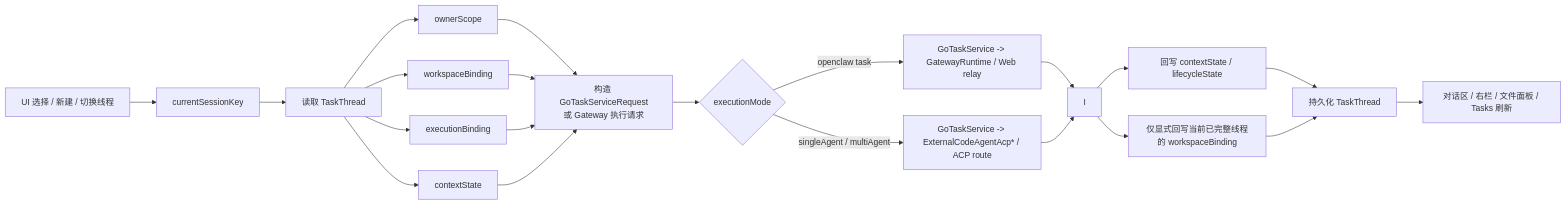
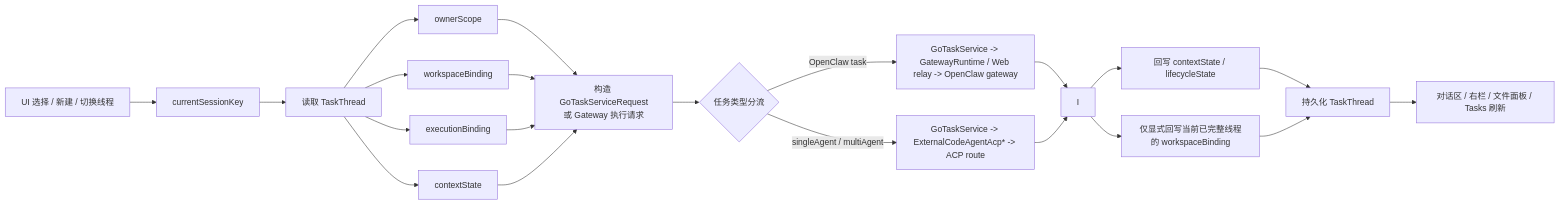
One commit to ai-workspace-lab/xworkmate-app changed the second of 2 diagrams in docs/architecture/xworkmate-layered-architecture.md. Above: the diagram before and after it, drawn with Mermaid. The commit also changed other lines of this file and 2 other files, not shown here.

Commit message:
docs: record metadata issue and task routing

````diff
--- a/docs/architecture/xworkmate-layered-architecture.md
+++ b/docs/architecture/xworkmate-layered-architecture.md
@@ -282,29 +302,29 @@
 ```mermaid
 flowchart LR
     A["UI 选择 / 新建 / 切换线程"] --> B["currentSessionKey"]
     B --> C["读取 TaskThread"]
 
     C --> C1["ownerScope"]
     C --> C2["workspaceBinding"]
     C --> C3["executionBinding"]
     C --> C4["contextState"]
 
     C1 --> D["构造 GoTaskServiceRequest<br/>或 Gateway 执行请求"]
     C2 --> D
     C3 --> D
     C4 --> D
 
-    D --> E{"executionMode"}
-    E -->|openclaw task| G["GoTaskService -> GatewayRuntime / Web relay"]
-    E -->|singleAgent / multiAgent| H["GoTaskService -> ExternalCodeAgentAcp* / ACP route"]
+    D --> E{"任务类型分流"}
+    E -->|OpenClaw task| G["GoTaskService -> GatewayRuntime / Web relay -> OpenClaw gateway"]
+    E -->|singleAgent / multiAgent| H["GoTaskService -> ExternalCodeAgentAcp* -> ACP route"]
 
     G --> I
     H --> I
 
     I --> J["回写 contextState / lifecycleState"]
     I --> K["仅显式回写当前已完整线程的 workspaceBinding"]
 
     J --> L["持久化 TaskThread"]
     K --> L
     L --> M["对话区 / 右栏 / 文件面板 / Tasks 刷新"]
 ```
````
